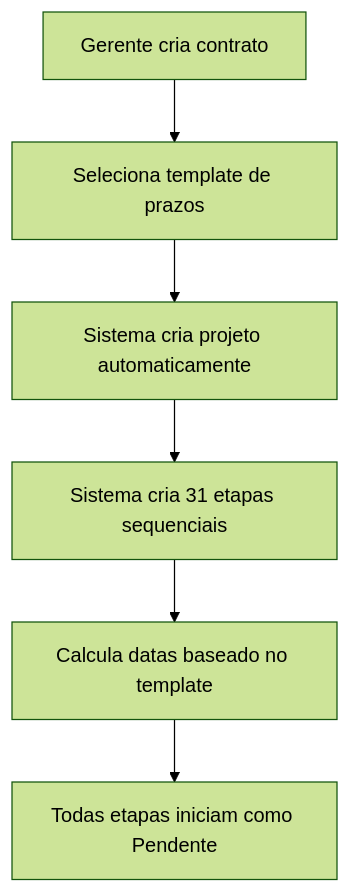
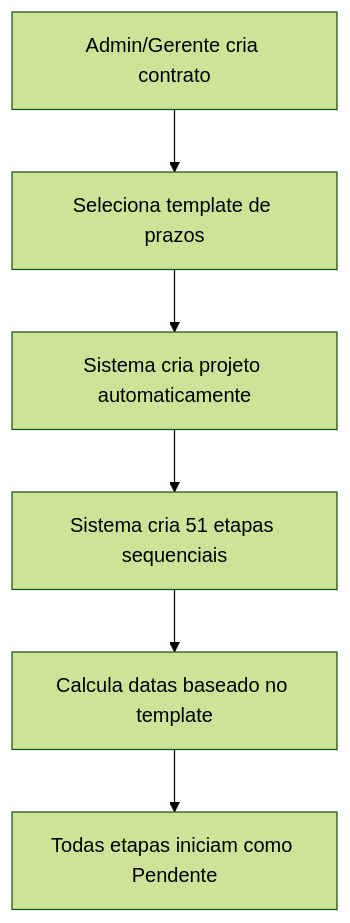
Before and after one commit to DEVMarlosGomes/IDEIABH-GESTAOFLUXOS: the second of 4 diagrams in README.md, drawn with Mermaid (forest theme). The commit also changed other lines of this file, not shown here.

````diff
--- a/README.md
+++ b/README.md
@@ -529,8 +541,8 @@
 ```mermaid
 graph TD
-    A[Gerente cria contrato] --> B[Seleciona template de prazos]
+    A[Admin/Gerente cria contrato] --> B[Seleciona template de prazos]
     B --> C[Sistema cria projeto automaticamente]
-    C --> D[Sistema cria 31 etapas sequenciais]
+    C --> D[Sistema cria 51 etapas sequenciais]
     D --> E[Calcula datas baseado no template]
     E --> F[Todas etapas iniciam como Pendente]
 ```
````
